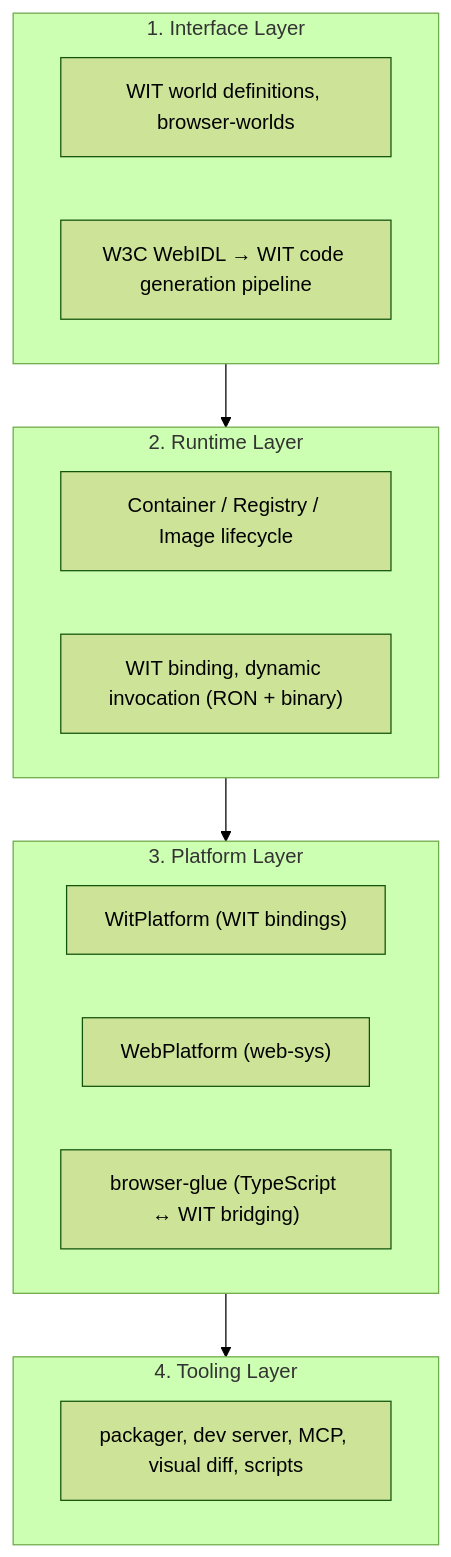
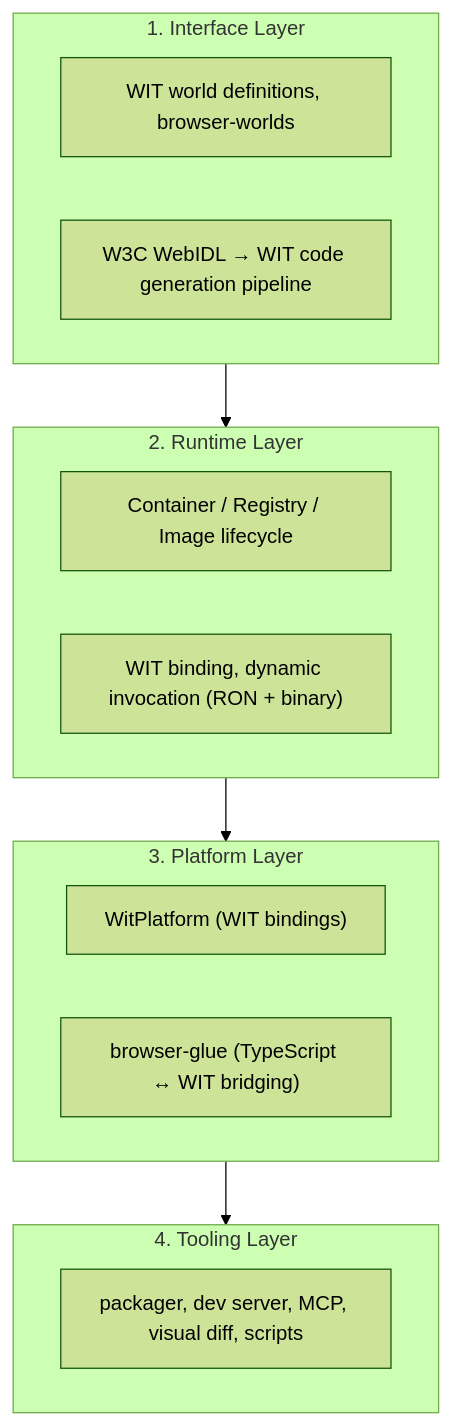
One commit to celestia-island/tairitsu changed the first of 3 diagrams in docs/en/system/overview.md. Above: the diagram before and after it, drawn with Mermaid (forest theme). The commit also changed other lines of this file and 48 other files, not shown here.

First line of the commit message:
🔥 Retire the web-sys path from the hooks crate and gate the wasip2 closure. (#154)

````diff
--- a/docs/en/system/overview.md
+++ b/docs/en/system/overview.md
@@ -7,20 +7,19 @@
 ```mermaid
 graph TD
     subgraph L4["4. Tooling Layer"]
         T1["packager, dev server, MCP, visual diff, scripts"]
     end
     subgraph L3["3. Platform Layer"]
         P1["WitPlatform (WIT bindings)"]
-        P2["WebPlatform (web-sys)"]
         P3["browser-glue (TypeScript ↔ WIT bridging)"]
     end
     subgraph L2["2. Runtime Layer"]
         R1["Container / Registry / Image lifecycle"]
         R2["WIT binding, dynamic invocation (RON + binary)"]
     end
     subgraph L1["1. Interface Layer"]
         I1["WIT world definitions, browser-worlds"]
         I2["W3C WebIDL → WIT code generation pipeline"]
     end
     L1 --> L2 --> L3 --> L4
 ```
````
